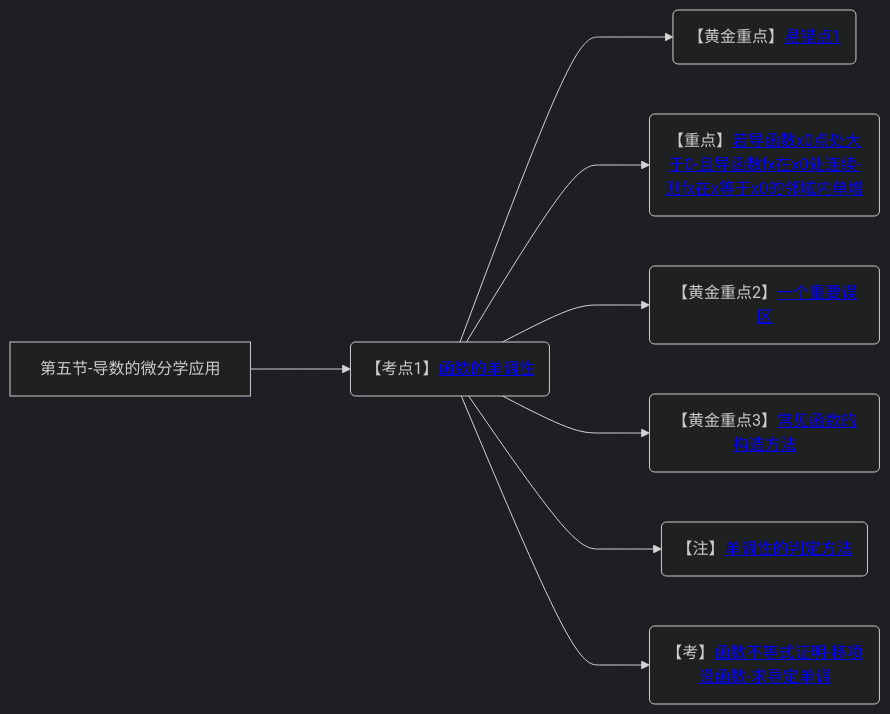
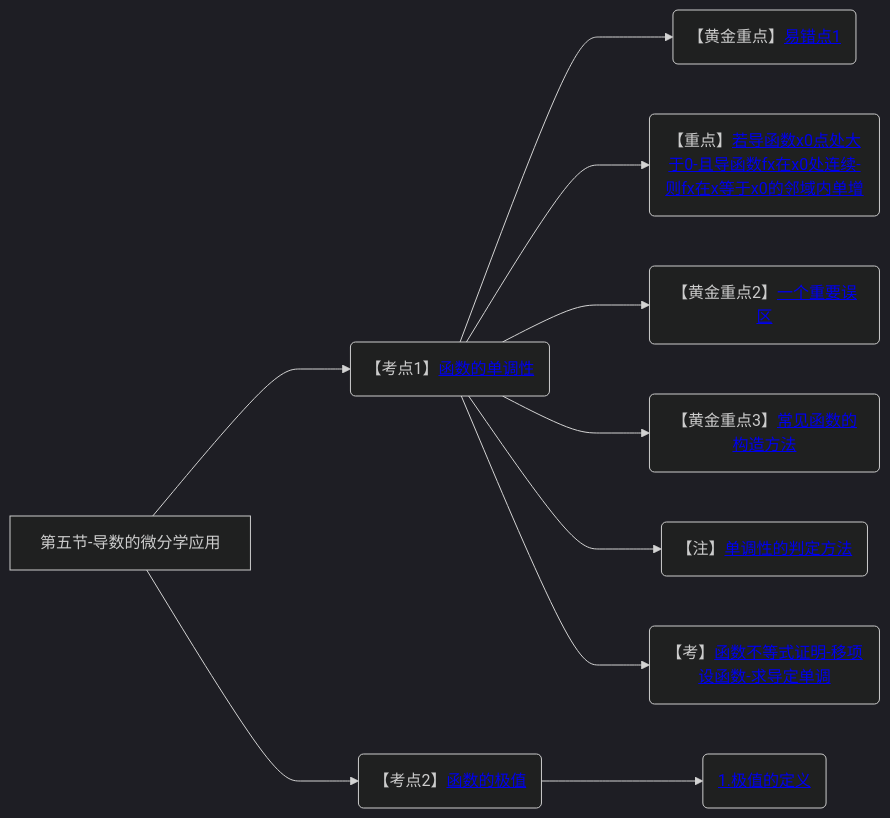
Before and after one commit to yuebinghui/note: diagram 15 of 15 in 笔记/数学/周洋鑫/01.基础班思维导图.md, drawn with Mermaid (dark theme). The commit also changed 5 other files, not shown here.

````diff
--- a/笔记/数学/周洋鑫/01.基础班思维导图.md
+++ b/笔记/数学/周洋鑫/01.基础班思维导图.md
@@ -530,12 +530,15 @@
 ```mermaid
 graph LR
 第五节-导数的微分学应用
 
 第五节-导数的微分学应用--->函数的单调性(【考点1】<a href="/Users/yuebinghui/Documents/program/github/note/笔记/数学/周洋鑫/基础班/15.导数的微分学应用_1.md#函数的单调性">函数的单调性</>)
 函数的单调性--->易错点1(【黄金重点】<a href="/Users/yuebinghui/Documents/program/github/note/笔记/数学/周洋鑫/基础班/15.导数的微分学应用_1.md#易错点1">易错点1</>)
 函数的单调性--->若导函数x0点处大于0-且导函数fx在x0处连续-则fx在x等于x0的邻域内单增(【重点】<a href="/Users/yuebinghui/Documents/program/github/note/笔记/数学/周洋鑫/基础班/15.导数的微分学应用_1.md#若导函数x0点处大于0-且导函数fx在x0处连续-则fx在x等于x0的邻域内单增">若导函数x0点处大于0-且导函数fx在x0处连续-则fx在x等于x0的邻域内单增</>)
 函数的单调性--->一个重要误区(【黄金重点2】<a href="/Users/yuebinghui/Documents/program/github/note/笔记/数学/周洋鑫/基础班/15.导数的微分学应用_1.md#一个重要误区">一个重要误区</>)
 函数的单调性--->常见函数的构造方法(【黄金重点3】<a href="/Users/yuebinghui/Documents/program/github/note/笔记/数学/周洋鑫/基础班/15.导数的微分学应用_1.md#常见函数的构造方法">常见函数的构造方法</>)
 函数的单调性--->单调性的判定方法(【注】<a href="/Users/yuebinghui/Documents/program/github/note/笔记/数学/周洋鑫/基础班/15.导数的微分学应用_1.md#单调性的判定方法">单调性的判定方法</>)
 函数的单调性--->函数不等式证明-移项设函数-求导定单调(【考】<a href="/Users/yuebinghui/Documents/program/github/note/笔记/数学/周洋鑫/基础班/15.导数的微分学应用_1.md#函数不等式证明-移项设函数-求导定单调">函数不等式证明-移项设函数-求导定单调</>)
+
+第五节-导数的微分学应用--->函数的极值(【考点2】<a href="/Users/yuebinghui/Documents/program/github/note/笔记/数学/周洋鑫/基础班/16.导数的微分学应用_2.md#函数的极值">函数的极值</>)
+函数的极值--->1.极值的定义(<a href="/Users/yuebinghui/Documents/program/github/note/笔记/数学/周洋鑫/基础班/16.导数的微分学应用_2.md#1.极值的定义">1.极值的定义</>)
 ```
````
